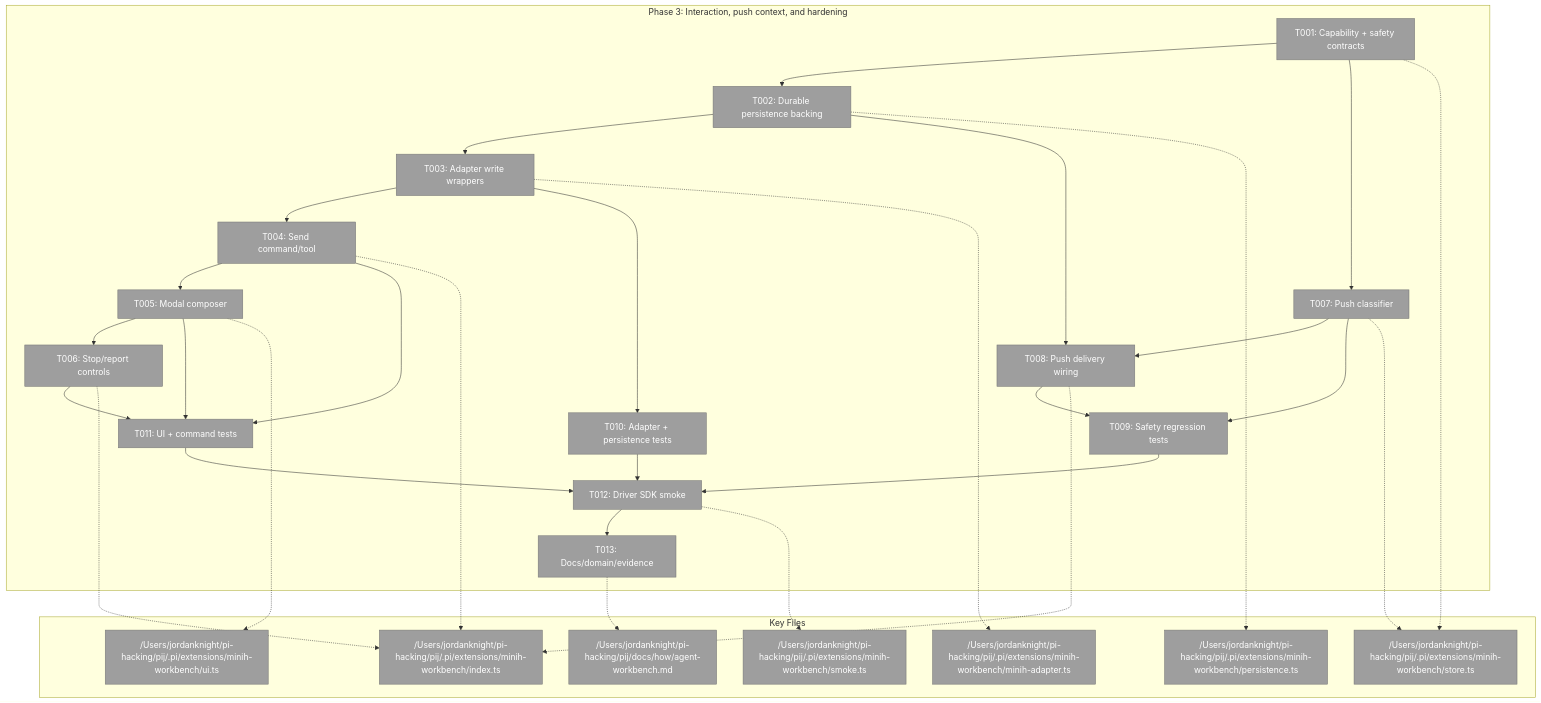
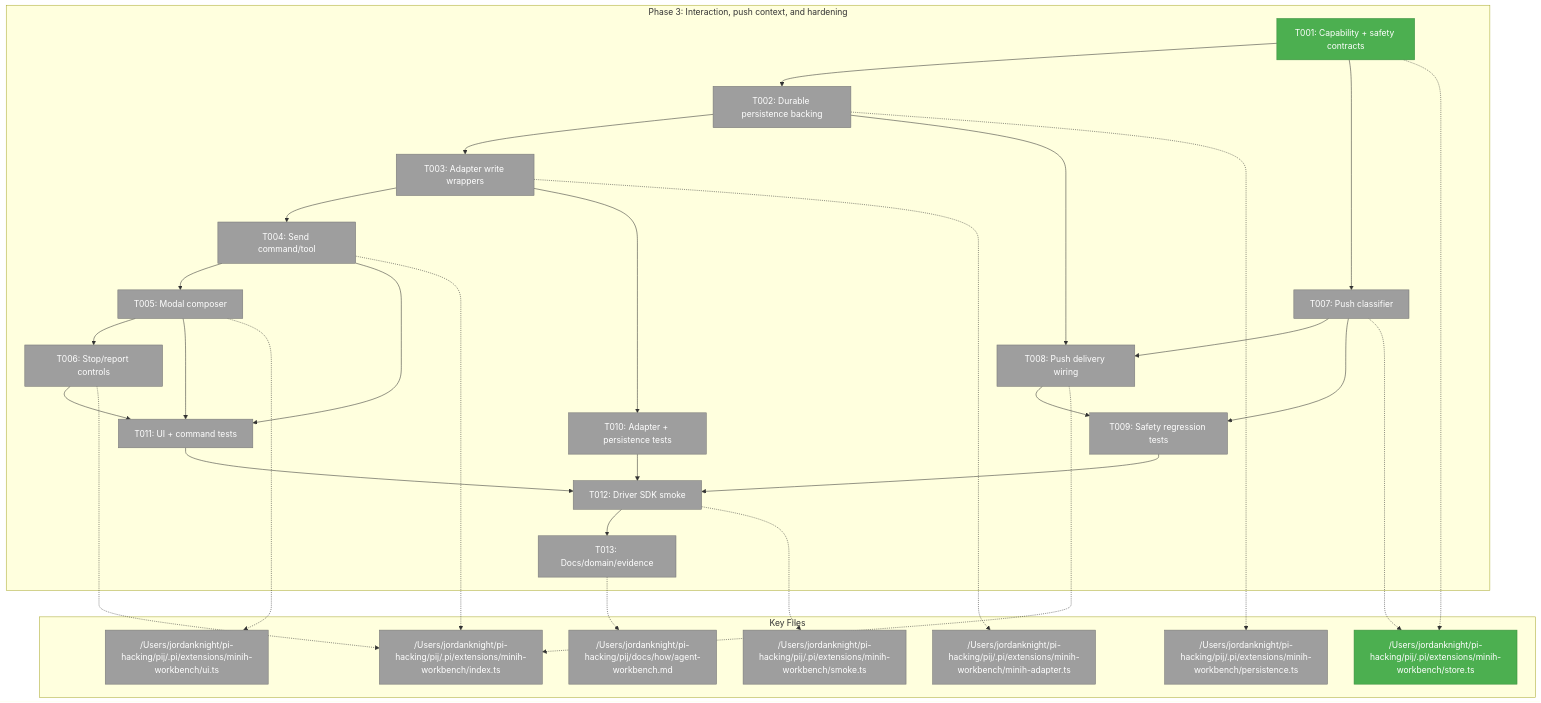
The first of 3 diagrams in docs/plans/007-options-for-pi-extensions-that-do-subagents/tasks/phase-3-interaction-push-context-and-hardening/tasks.md (vaughanknight/pij), drawn with Mermaid before and after one commit. The commit also changed other lines of this file and 4 other files, not shown here.

Commit message:
feat(minih): add phase 3 safety contracts

````diff
--- a/docs/plans/007-options-for-pi-extensions-that-do-subagents/tasks/phase-3-interaction-push-context-and-hardening/tasks.md
+++ b/docs/plans/007-options-for-pi-extensions-that-do-subagents/tasks/phase-3-interaction-push-context-and-hardening/tasks.md
@@ -183,54 +183,55 @@
 ```mermaid
 flowchart TD
     classDef pending fill:#9E9E9E,stroke:#757575,color:#fff
+    classDef inprogress fill:#FFC107,stroke:#FFA000,color:#000
     classDef completed fill:#4CAF50,stroke:#388E3C,color:#fff
 
     subgraph Phase["Phase 3: Interaction, push context, and hardening"]
-        T001["T001: Capability + safety contracts"]:::pending
+        T001["T001: Capability + safety contracts"]:::completed
         T002["T002: Durable persistence backing"]:::pending
         T003["T003: Adapter write wrappers"]:::pending
         T004["T004: Send command/tool"]:::pending
         T005["T005: Modal composer"]:::pending
         T006["T006: Stop/report controls"]:::pending
         T007["T007: Push classifier"]:::pending
         T008["T008: Push delivery wiring"]:::pending
         T009["T009: Safety regression tests"]:::pending
         T010["T010: Adapter + persistence tests"]:::pending
         T011["T011: UI + command tests"]:::pending
         T012["T012: Driver SDK smoke"]:::pending
         T013["T013: Docs/domain/evidence"]:::pending
         T001 --> T002 --> T003 --> T004 --> T005 --> T006
         T001 --> T007 --> T008
         T002 --> T008
         T003 --> T010
         T004 --> T011
         T005 --> T011
         T006 --> T011
         T007 --> T009
         T008 --> T009
         T009 --> T012 --> T013
         T010 --> T012
         T011 --> T012
     end
 
     subgraph Files["Key Files"]
-        F1["/Users/jordanknight/pi-hacking/pij/.pi/extensions/minih-workbench/store.ts"]:::pending
+        F1["/Users/jordanknight/pi-hacking/pij/.pi/extensions/minih-workbench/store.ts"]:::completed
         F2["/Users/jordanknight/pi-hacking/pij/.pi/extensions/minih-workbench/persistence.ts"]:::pending
         F3["/Users/jordanknight/pi-hacking/pij/.pi/extensions/minih-workbench/minih-adapter.ts"]:::pending
         F4["/Users/jordanknight/pi-hacking/pij/.pi/extensions/minih-workbench/index.ts"]:::pending
         F5["/Users/jordanknight/pi-hacking/pij/.pi/extensions/minih-workbench/ui.ts"]:::pending
         F6["/Users/jordanknight/pi-hacking/pij/.pi/extensions/minih-workbench/smoke.ts"]:::pending
         F7["/Users/jordanknight/pi-hacking/pij/docs/how/agent-workbench.md"]:::pending
     end
 
     T001 -.-> F1
     T002 -.-> F2
     T003 -.-> F3
     T004 -.-> F4
     T005 -.-> F5
     T006 -.-> F4
     T007 -.-> F1
     T008 -.-> F4
     T012 -.-> F6
     T013 -.-> F7
 ```
````
